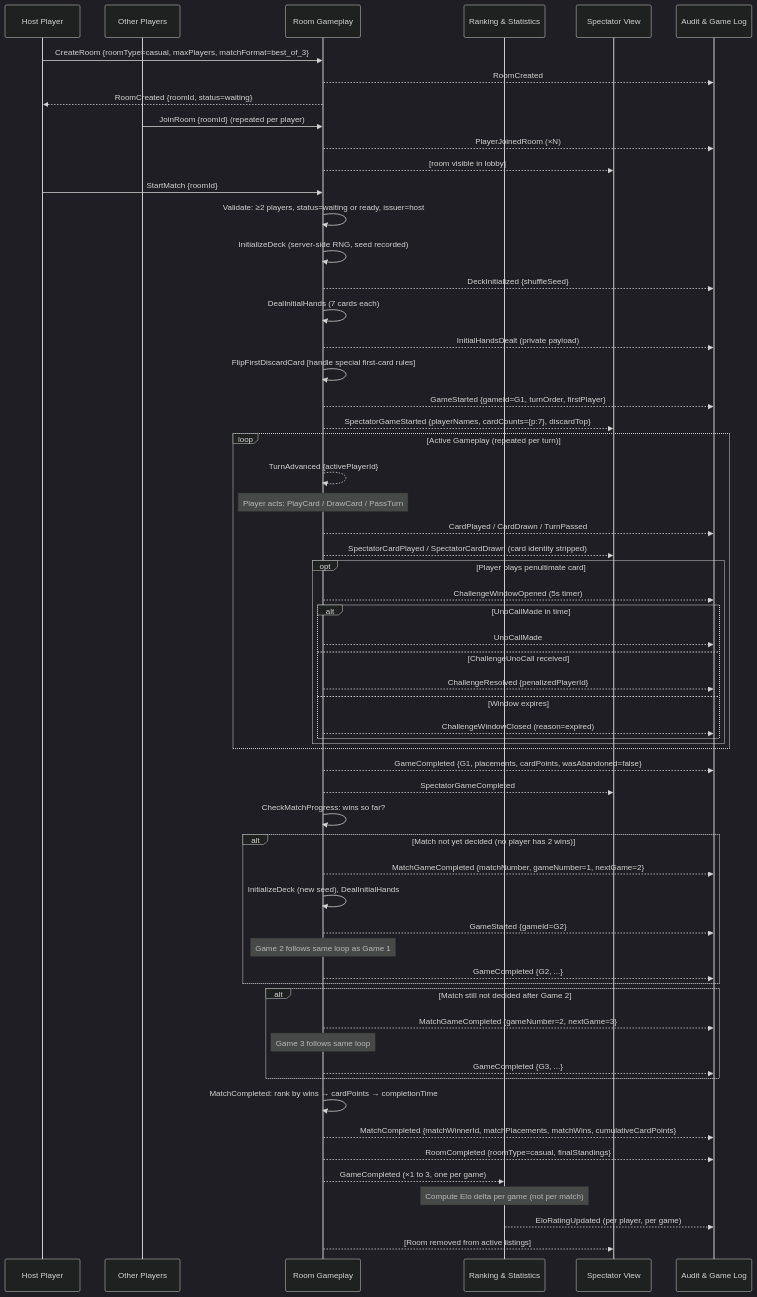
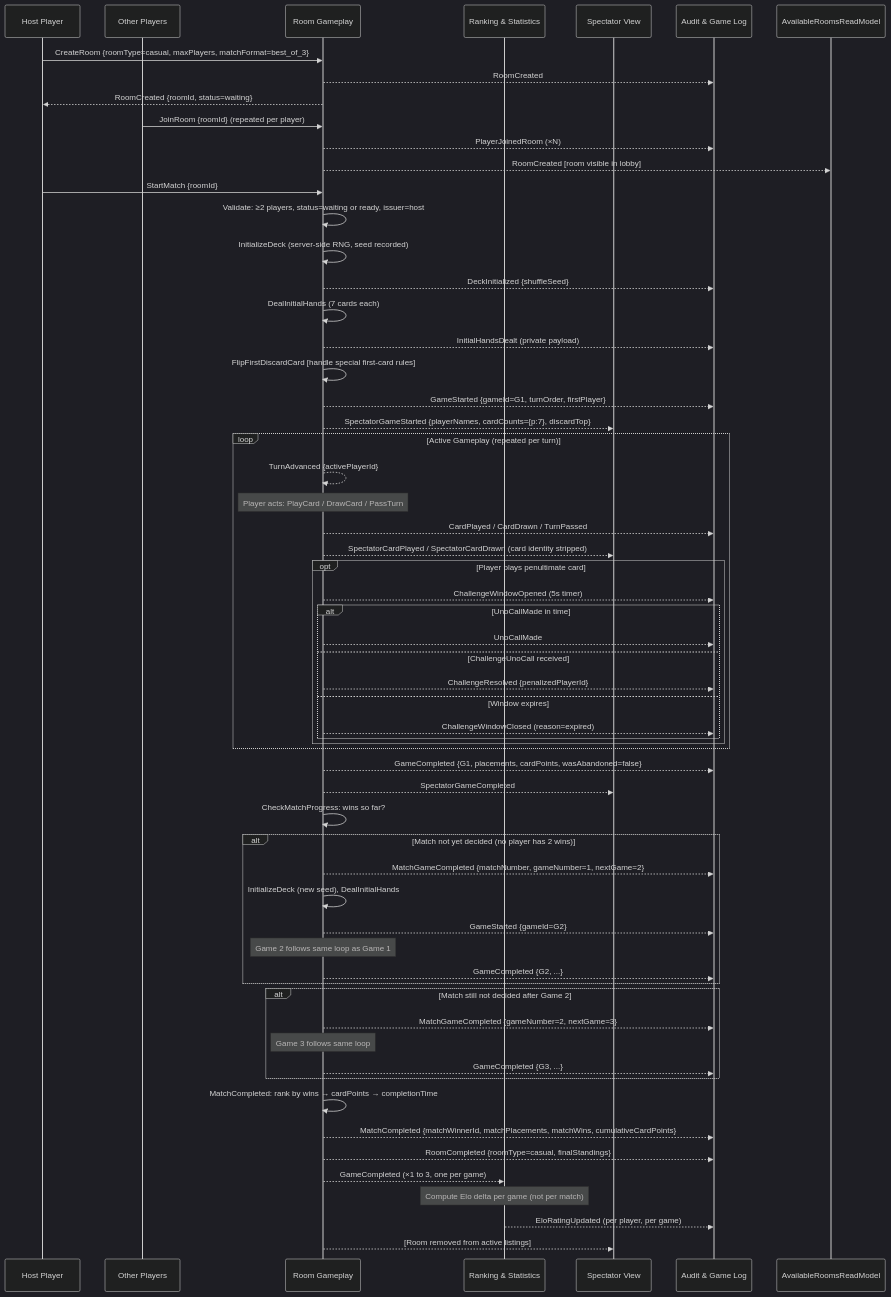
One commit to berni-245/UnoArena changed the diagram in spec/diagrams/room-creation-to-completion.md. Above: the diagram before and after it, drawn with Mermaid (dark theme). The commit also changed 9 other files, not shown here.

````diff
--- a/spec/diagrams/room-creation-to-completion.md
+++ b/spec/diagrams/room-creation-to-completion.md
@@ -5,80 +5,80 @@
 ```mermaid
 sequenceDiagram
     participant Host as Host Player
     participant P2 as Other Players
     participant RG as Room Gameplay
     participant RK as Ranking & Statistics
     participant SV as Spectator View
     participant AL as Audit & Game Log
 
     %% === ROOM SETUP ===
     Host->>RG: CreateRoom {roomType=casual, maxPlayers, matchFormat=best_of_3}
     RG-->>AL: RoomCreated
     RG-->>Host: RoomCreated {roomId, status=waiting}
 
     P2->>RG: JoinRoom {roomId} (repeated per player)
     RG-->>AL: PlayerJoinedRoom (×N)
-    RG-->>SV: [room visible in lobby]
+    RG-->>AvailableRoomsReadModel: RoomCreated [room visible in lobby]
 
     Host->>RG: StartMatch {roomId}
     RG->>RG: Validate: ≥2 players, status=waiting or ready, issuer=host
 
     %% === GAME 1 ===
     RG->>RG: InitializeDeck (server-side RNG, seed recorded)
     RG-->>AL: DeckInitialized {shuffleSeed}
     RG->>RG: DealInitialHands (7 cards each)
     RG-->>AL: InitialHandsDealt (private payload)
     RG->>RG: FlipFirstDiscardCard [handle special first-card rules]
     RG-->>AL: GameStarted {gameId=G1, turnOrder, firstPlayer}
     RG-->>SV: SpectatorGameStarted {playerNames, cardCounts={p:7}, discardTop}
 
     loop Active Gameplay (repeated per turn)
         RG-->>RG: TurnAdvanced {activePlayerId}
         Note over RG: Player acts: PlayCard / DrawCard / PassTurn
         RG-->>AL: CardPlayed / CardDrawn / TurnPassed
         RG-->>SV: SpectatorCardPlayed / SpectatorCardDrawn (card identity stripped)
         opt Player plays penultimate card
             RG-->>AL: ChallengeWindowOpened (5s timer)
             alt UnoCallMade in time
                 RG-->>AL: UnoCallMade
             else ChallengeUnoCall received
                 RG-->>AL: ChallengeResolved {penalizedPlayerId}
             else Window expires
                 RG-->>AL: ChallengeWindowClosed (reason=expired)
             end
         end
     end
 
     RG-->>AL: GameCompleted {G1, placements, cardPoints, wasAbandoned=false}
     RG-->>SV: SpectatorGameCompleted
 
     RG->>RG: CheckMatchProgress: wins so far?
 
     %% === GAME 2 (if needed) ===
     alt Match not yet decided (no player has 2 wins)
         RG-->>AL: MatchGameCompleted {matchNumber, gameNumber=1, nextGame=2}
         RG->>RG: InitializeDeck (new seed), DealInitialHands
         RG-->>AL: GameStarted {gameId=G2}
         Note over RG: Game 2 follows same loop as Game 1
         RG-->>AL: GameCompleted {G2, ...}
     end
 
     %% === GAME 3 (if needed) ===
     alt Match still not decided after Game 2
         RG-->>AL: MatchGameCompleted {gameNumber=2, nextGame=3}
         Note over RG: Game 3 follows same loop
         RG-->>AL: GameCompleted {G3, ...}
     end
 
     %% === MATCH & ROOM COMPLETION ===
     RG->>RG: MatchCompleted: rank by wins → cardPoints → completionTime
     RG-->>AL: MatchCompleted {matchWinnerId, matchPlacements, matchWins, cumulativeCardPoints}
     RG-->>AL: RoomCompleted {roomType=casual, finalStandings}
 
     %% === DOWNSTREAM ===
     RG-->>RK: GameCompleted (×1 to 3, one per game)
     Note over RK: Compute Elo delta per game (not per match)
     RK-->>AL: EloRatingUpdated (per player, per game)
 
     RG-->>SV: [Room removed from active listings]
 ```
````
